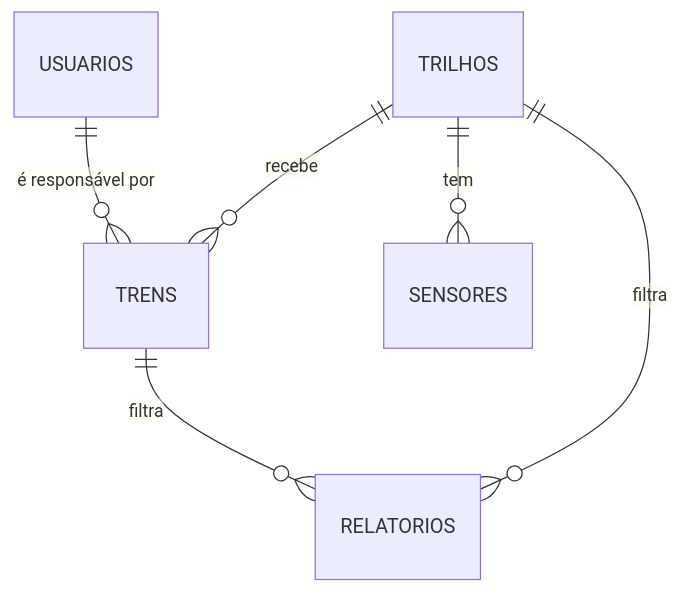
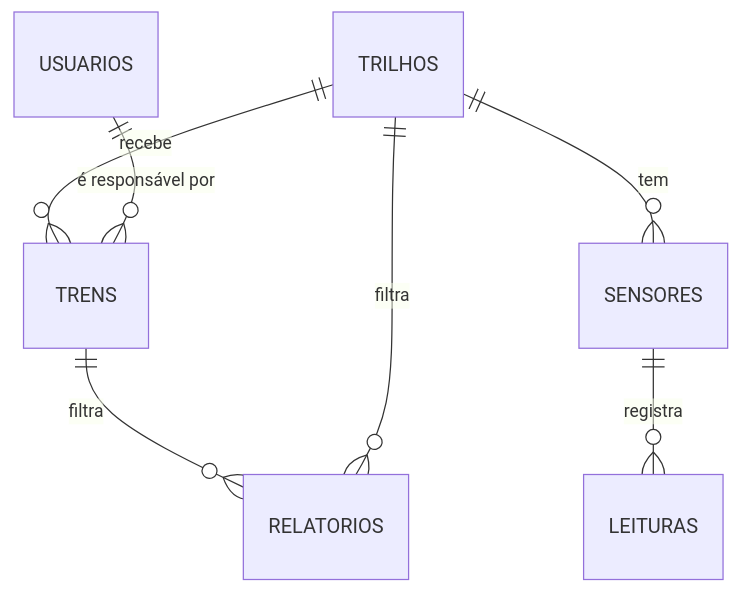
Before and after one commit to Lazzarott1/sa-ferrorama: the diagram in README.md, drawn with Mermaid. The commit also changed other lines of this file, not shown here.

````diff
--- a/README.md
+++ b/README.md
@@ -81,8 +81,9 @@
 ```mermaid
 erDiagram
     TRILHOS ||--o{ TRENS : "recebe"
     USUARIOS ||--o{ TRENS : "é responsável por"
     TRILHOS ||--o{ SENSORES : "tem"
+    SENSORES ||--o{ LEITURAS : "registra"
     TRENS ||--o{ RELATORIOS : "filtra"
     TRILHOS ||--o{ RELATORIOS : "filtra"
 ```
````
